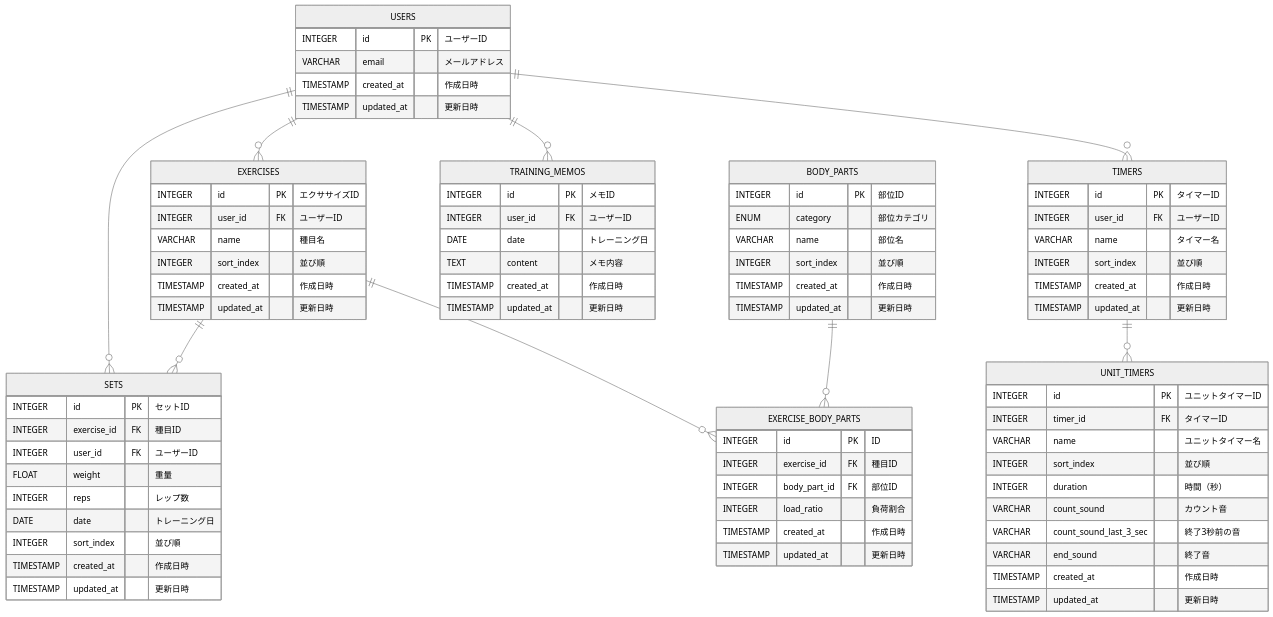
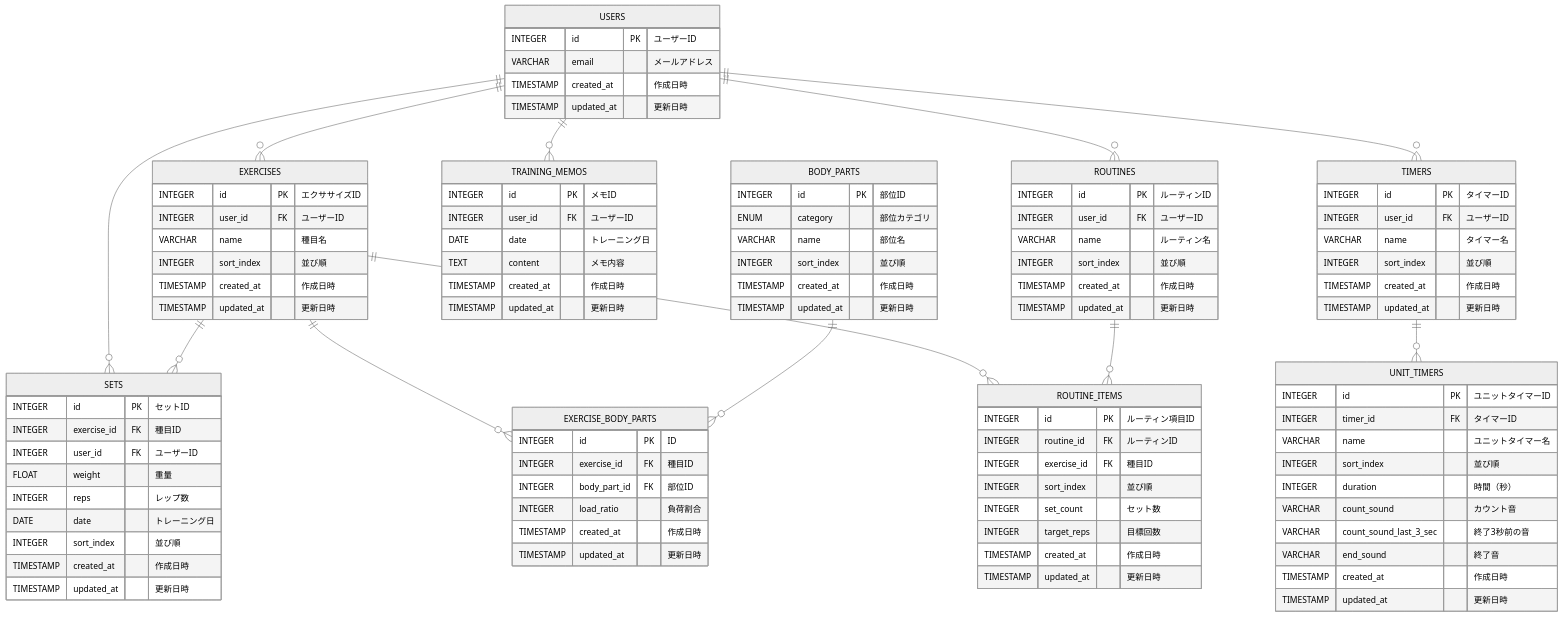
Before and after one commit to t-miura-024/lifro: the diagram in docs/design/ER図.md, drawn with Mermaid (neutral theme). The commit also changed 34 other files, not shown here.

````diff
--- a/docs/design/ER図.md
+++ b/docs/design/ER図.md
@@ -79,12 +79,35 @@
         TIMESTAMP updated_at "更新日時"
     }
 
+    ROUTINES {
+        INTEGER id PK "ルーティンID"
+        INTEGER user_id FK "ユーザーID"
+        VARCHAR name "ルーティン名"
+        INTEGER sort_index "並び順"
+        TIMESTAMP created_at "作成日時"
+        TIMESTAMP updated_at "更新日時"
+    }
+
+    ROUTINE_ITEMS {
+        INTEGER id PK "ルーティン項目ID"
+        INTEGER routine_id FK "ルーティンID"
+        INTEGER exercise_id FK "種目ID"
+        INTEGER sort_index "並び順"
+        INTEGER set_count "セット数"
+        INTEGER target_reps "目標回数"
+        TIMESTAMP created_at "作成日時"
+        TIMESTAMP updated_at "更新日時"
+    }
+
     USERS ||--o{ EXERCISES : ""
     USERS ||--o{ SETS : ""
     USERS ||--o{ TRAINING_MEMOS : ""
     USERS ||--o{ TIMERS : ""
+    USERS ||--o{ ROUTINES : ""
     EXERCISES ||--o{ SETS : ""
     EXERCISES ||--o{ EXERCISE_BODY_PARTS : ""
+    EXERCISES ||--o{ ROUTINE_ITEMS : ""
     BODY_PARTS ||--o{ EXERCISE_BODY_PARTS : ""
     TIMERS ||--o{ UNIT_TIMERS : ""
+    ROUTINES ||--o{ ROUTINE_ITEMS : ""
 ```
````
